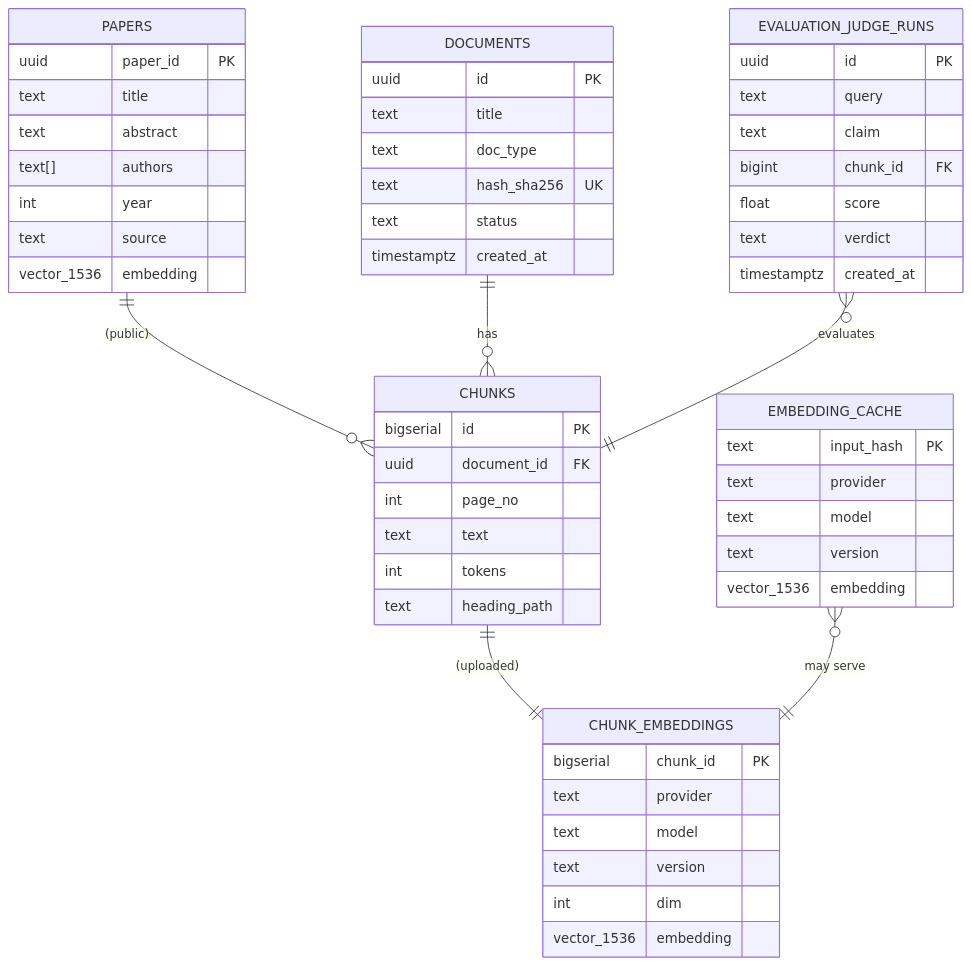
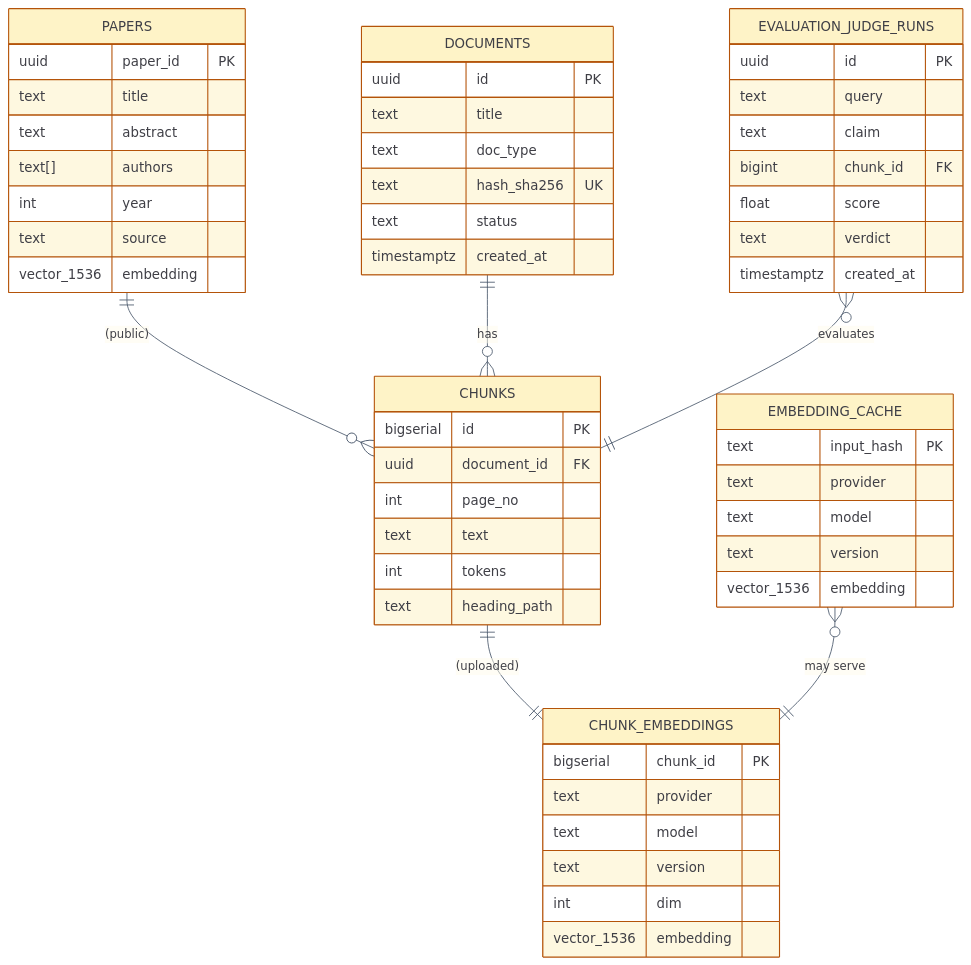
Before and after one commit to sushildalavi/sourcery: the fourth of 17 diagrams in README.md, drawn with Mermaid. The commit also changed other lines of this file and 12 other files, not shown here.

Commit message:
pin dev toolchain (ruff 0.15.12, pytest 8.3.4); ci-local target; coverage gate 45; recolor er diagram

````diff
--- a/README.md
+++ b/README.md
@@ -200,63 +200,75 @@
 ```mermaid
+%%{init: {
+  "theme": "base",
+  "themeVariables": {
+    "primaryColor": "#fef3c7",
+    "primaryBorderColor": "#b45309",
+    "primaryTextColor": "#3f3f46",
+    "lineColor": "#475569",
+    "secondaryColor": "#fde68a",
+    "tertiaryColor": "#fffbeb",
+    "fontFamily": "Inter, ui-sans-serif, system-ui"
+  }
+}}%%
 erDiagram
     PAPERS ||--o{ CHUNKS : "(public)"
     DOCUMENTS ||--o{ CHUNKS : has
     CHUNKS ||--|| CHUNK_EMBEDDINGS : "(uploaded)"
     EMBEDDING_CACHE }o--|| CHUNK_EMBEDDINGS : "may serve"
     EVALUATION_JUDGE_RUNS }o--|| CHUNKS : evaluates
 
     PAPERS {
         uuid paper_id PK
         text title
         text abstract
         text[] authors
         int year
         text source
         vector_1536 embedding
     }
 
     DOCUMENTS {
         uuid id PK
         text title
         text doc_type
         text hash_sha256 UK
         text status
         timestamptz created_at
     }
 
     CHUNKS {
         bigserial id PK
         uuid document_id FK
         int page_no
         text text
         int tokens
         text heading_path
     }
 
     CHUNK_EMBEDDINGS {
         bigserial chunk_id PK
         text provider
         text model
         text version
         int dim
         vector_1536 embedding
     }
 
     EMBEDDING_CACHE {
         text input_hash PK
         text provider
         text model
         text version
         vector_1536 embedding
     }
 
     EVALUATION_JUDGE_RUNS {
         uuid id PK
         text query
         text claim
         bigint chunk_id FK
         float score
         text verdict
         timestamptz created_at
     }
 ```
````
